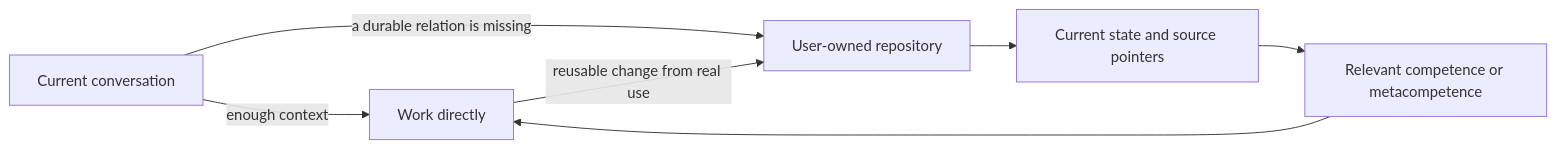
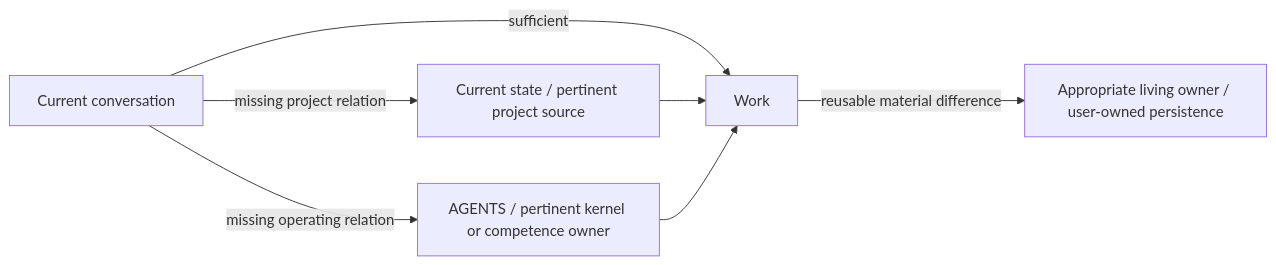
Before and after one commit to GrazianoGuiducci/kernel_chat: the diagram in README.md, drawn with Mermaid. The commit also changed other lines of this file and 2 other files, not shown here.

Commit message:
Clarify selective routing and close the 0.5.0 source state

````diff
--- a/README.md
+++ b/README.md
@@ -26,9 +31,9 @@
 ```mermaid
 flowchart LR
-    A[Current conversation] -->|enough context| B[Work directly]
-    A -->|a durable relation is missing| C[User-owned repository]
-    C --> D[Current state and source pointers]
-    D --> E[Relevant competence or metacompetence]
-    E --> B
-    B -->|reusable change from real use| C
+    A[Current conversation] -->|sufficient| B[Work]
+    A -->|missing project relation| C[Current state / pertinent project source]
+    C --> B
+    A -->|missing operating relation| D[AGENTS / pertinent kernel or competence owner]
+    D --> B
+    B -->|reusable material difference| E[Appropriate living owner / user-owned persistence]
 ```
````
